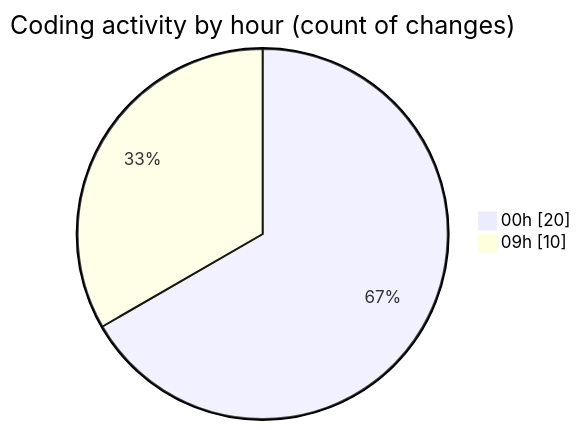
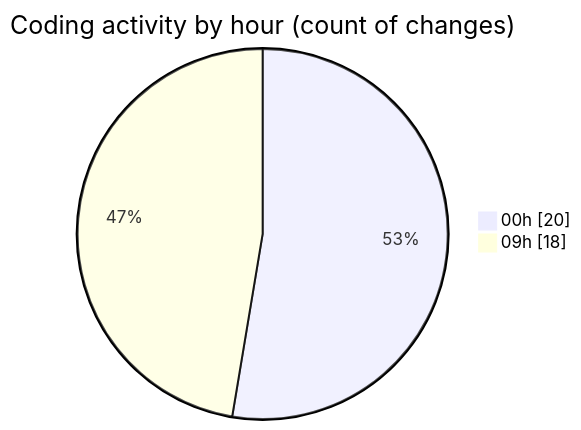
One commit to momahboobian/code-tracking changed the second of 2 diagrams in 2025-03-19/cda/README.md. Above: the diagram before and after it, drawn with Mermaid. The commit also changed other lines of this file and 1 other file, not shown here.

````diff
--- a/2025-03-19/cda/README.md
+++ b/2025-03-19/cda/README.md
@@ -30,6 +30,6 @@
 ```mermaid
 pie showData
 title Coding activity by hour (count of changes)
 "00h" : 20
-"09h" : 10
+"09h" : 18
 ```
````
